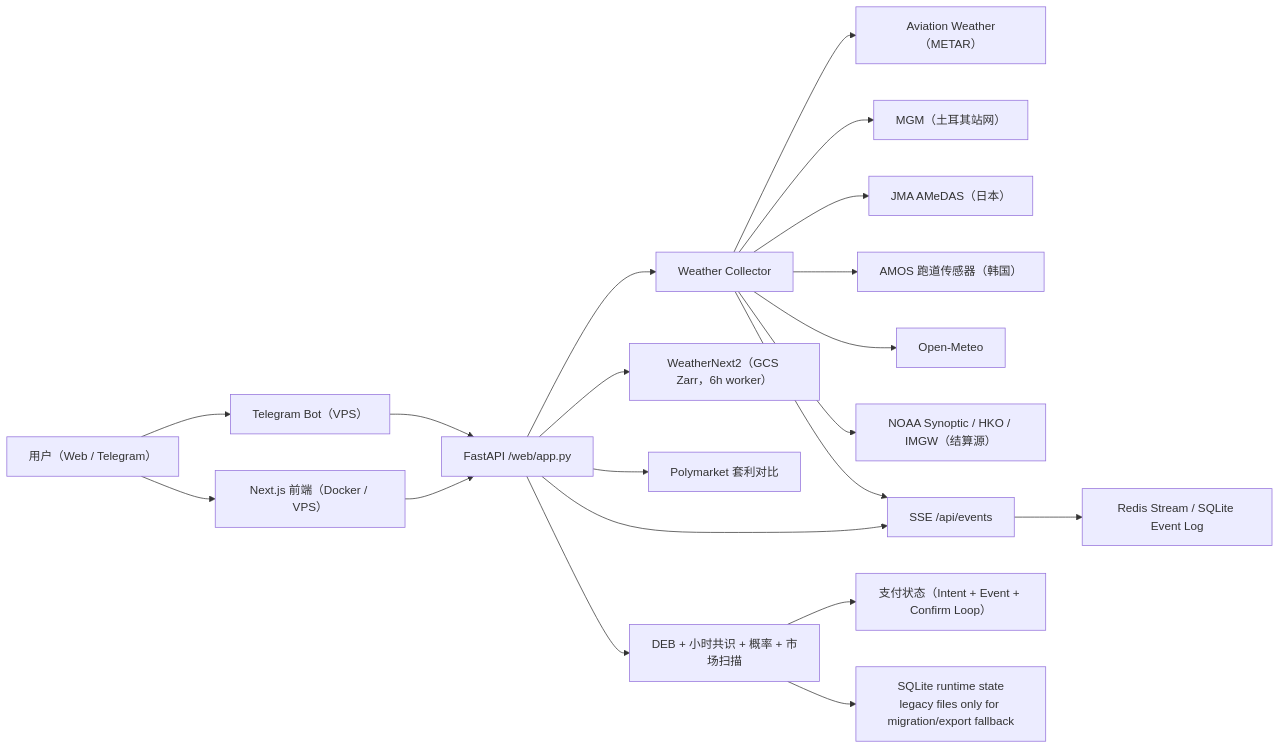
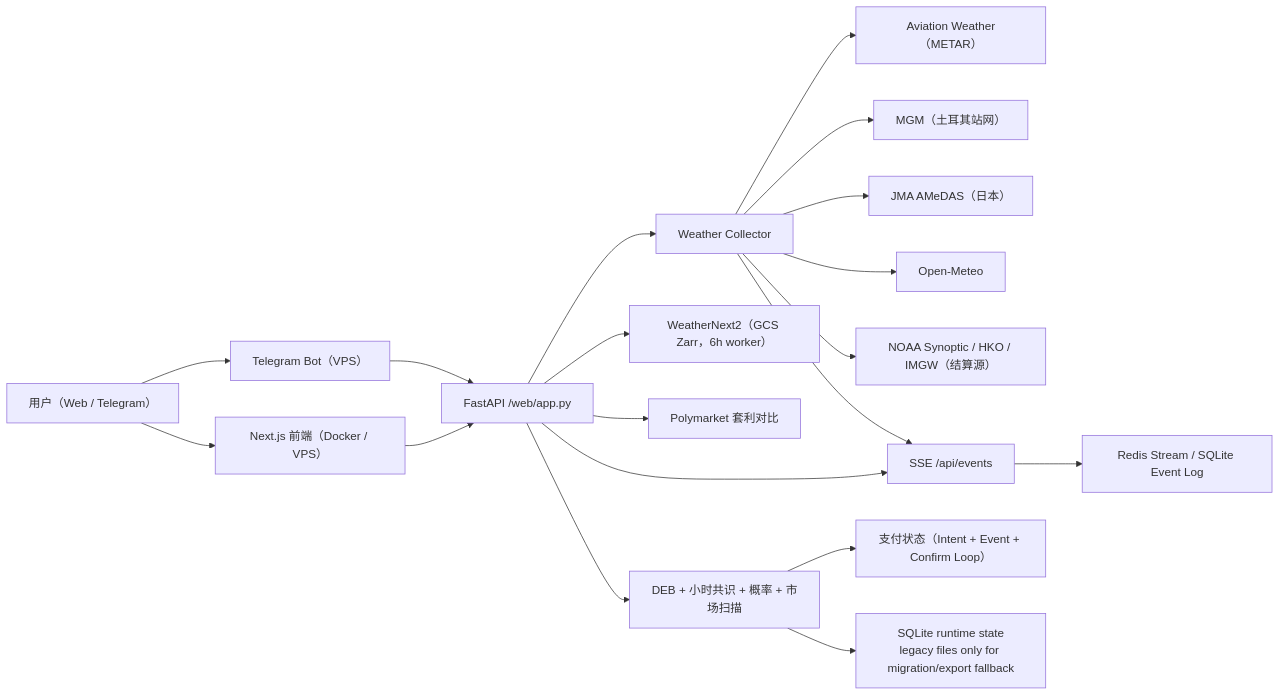
Before and after one commit to Night-Etrenal/AT-PolyWeather: the diagram in README_ZH.md, drawn with Mermaid. The commit also changed other lines of this file and 89 other files, not shown here.

````diff
--- a/README_ZH.md
+++ b/README_ZH.md
@@ -86,24 +85,23 @@
 ```mermaid
 flowchart LR
     U["用户（Web / Telegram）"] --> FE["Next.js 前端（Docker / VPS）"]
     U --> BOT["Telegram Bot（VPS）"]
     FE --> API["FastAPI /web/app.py"]
     BOT --> API
 
     API --> WX["Weather Collector"]
     WX --> METAR["Aviation Weather（METAR）"]
     WX --> MGM["MGM（土耳其站网）"]
     WX --> JMA["JMA AMeDAS（日本）"]
-    WX --> AMOS["AMOS 跑道传感器（韩国）"]
     WX --> OM["Open-Meteo"]
     WX --> SETTLE["NOAA Synoptic / HKO / IMGW（结算源）"]
 
     API --> WX2["WeatherNext2（GCS Zarr，6h worker）"]
     API --> ARB["Polymarket 套利对比"]
     API --> ANA["DEB + 小时共识 + 概率 + 市场扫描"]
     API --> SSE["SSE /api/events"]
     WX --> SSE
     SSE --> EVENT["Redis Stream / SQLite Event Log"]
     ANA --> PAY["支付状态（Intent + Event + Confirm Loop）"]
     ANA --> STATE["SQLite runtime state<br/>legacy files only for migration/export fallback"]
 ```
````
